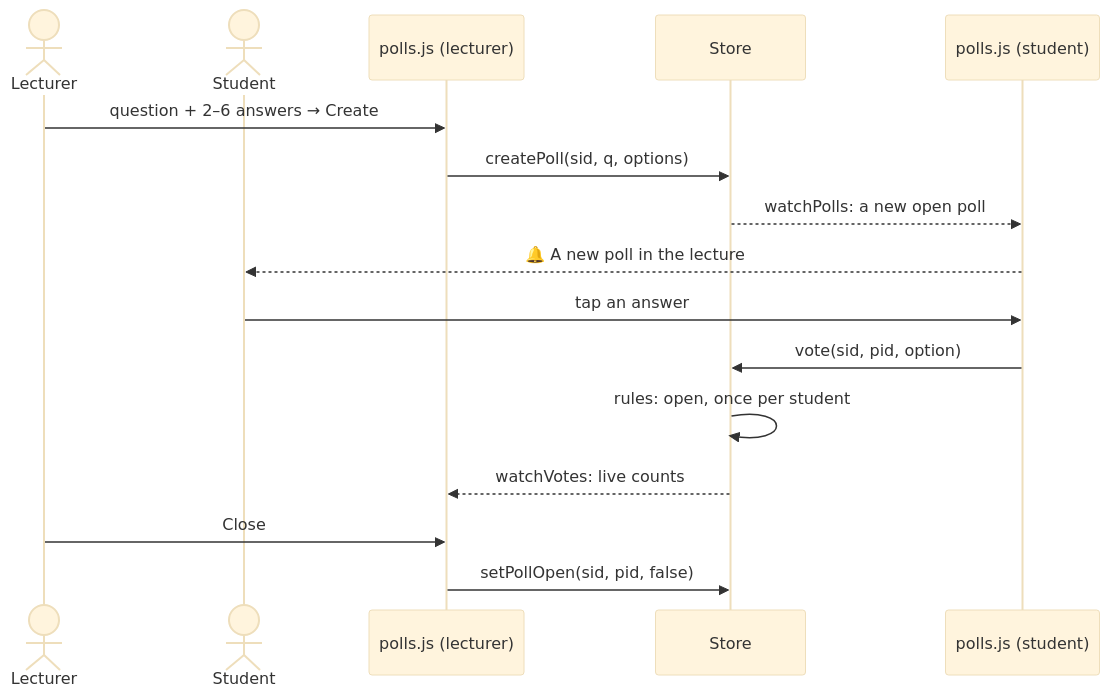
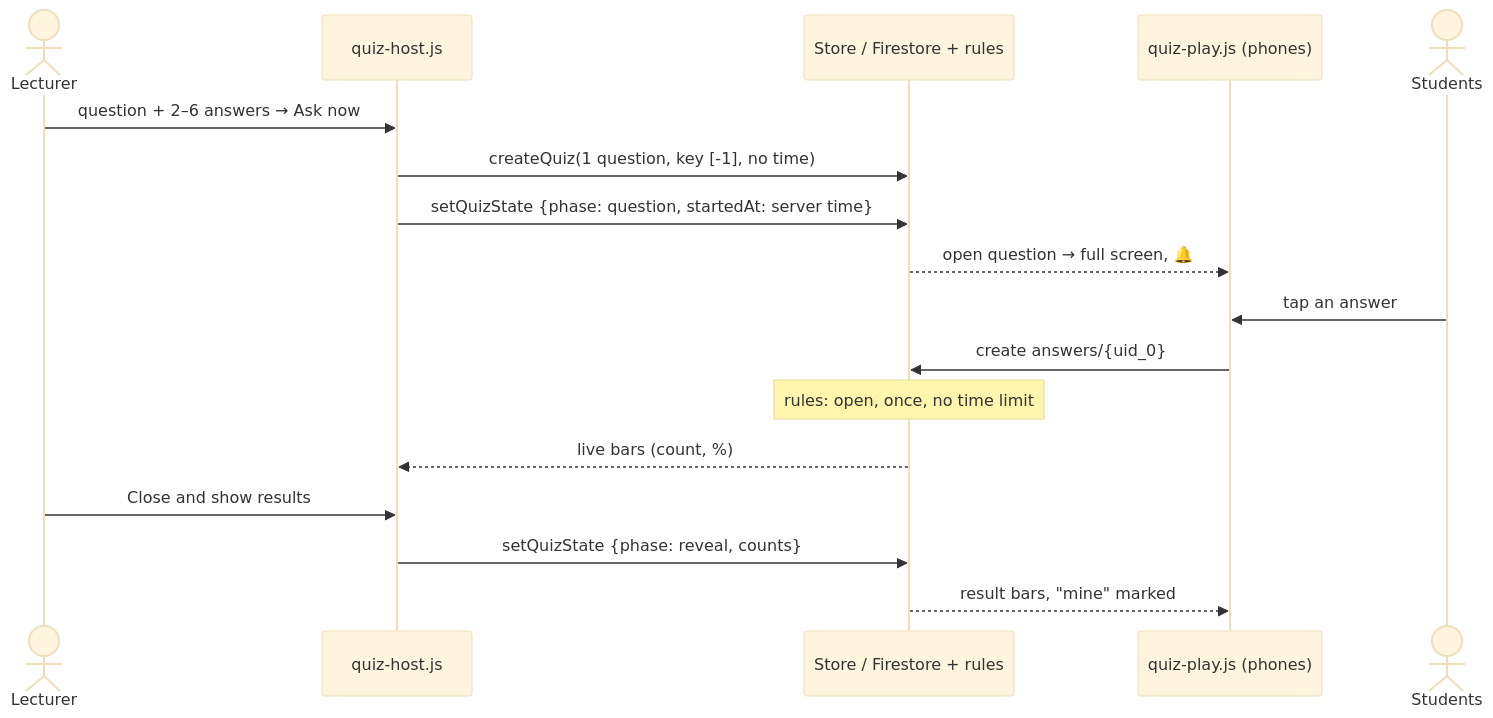
One commit to minion-dog/I2CS_Ex2-smart-class-demo changed the sixth of 11 diagrams in docs/07_SEQUENCE_DIAGRAMS.md. Above: the diagram before and after it, drawn with Mermaid (base theme). The commit also changed other lines of this file and 38 other files, not shown here.

First line of the commit message:
Polls and quizzes as one feature (correct answer and time optional)

````diff
--- a/docs/07_SEQUENCE_DIAGRAMS.md
+++ b/docs/07_SEQUENCE_DIAGRAMS.md
@@ -131,18 +131,19 @@
 ```mermaid
 sequenceDiagram
     actor L as Lecturer
-    actor St as Student
-    participant LP as polls.js (lecturer)
-    participant S as Store
-    participant SP as polls.js (student)
-    L->>LP: question + 2–6 answers → Create
-    LP->>S: createPoll(sid, q, options)
-    S-->>SP: watchPolls: a new open poll
-    SP-->>St: 🔔 A new poll in the lecture
-    St->>SP: tap an answer
-    SP->>S: vote(sid, pid, option)
-    S->>S: rules: open, once per student
-    S-->>LP: watchVotes: live counts
-    L->>LP: Close
-    LP->>S: setPollOpen(sid, pid, false)
+    participant H as quiz-host.js
+    participant S as Store / Firestore + rules
+    participant P as quiz-play.js (phones)
+    actor St as Students
+    L->>H: question + 2–6 answers → Ask now
+    H->>S: createQuiz(1 question, key [-1], no time)
+    H->>S: setQuizState {phase: question, startedAt: server time}
+    S-->>P: open question → full screen, 🔔
+    St->>P: tap an answer
+    P->>S: create answers/{uid_0}
+    Note over S: rules: open, once, no time limit
+    S-->>H: live bars (count, %)
+    L->>H: Close and show results
+    H->>S: setQuizState {phase: reveal, counts}
+    S-->>P: result bars, "mine" marked
 ```
````
